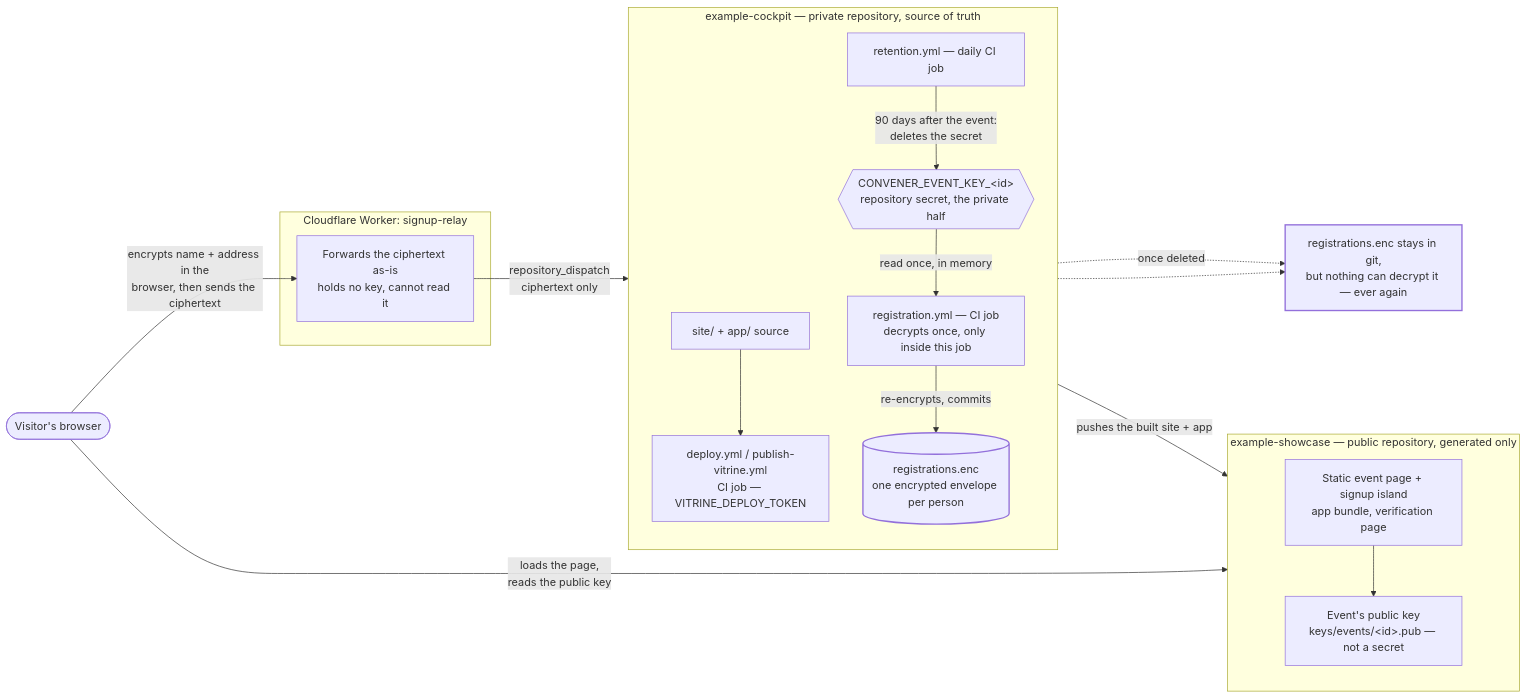
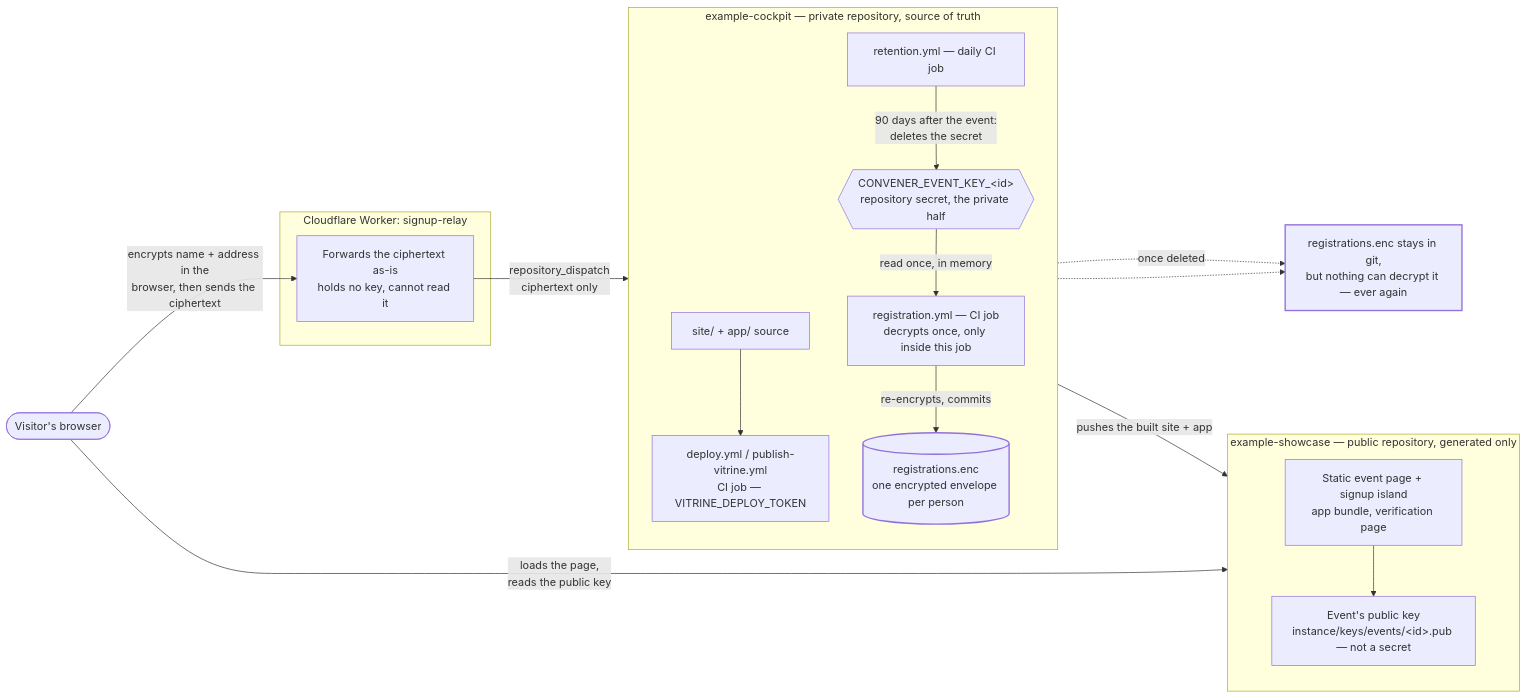
The diagram in docs/architecture.md (BenoitJT-GIRARD/convener), drawn with Mermaid before and after one commit. The commit also changed other lines of this file and 308 other files, not shown here.

````diff
--- a/docs/architecture.md
+++ b/docs/architecture.md
@@ -101,41 +101,41 @@
 ```mermaid
 flowchart LR
     subgraph cockpit["example-cockpit — private repository, source of truth"]
         direction TB
         siteSource["site/ + app/ source"]
         deployJob["deploy.yml / publish-vitrine.yml<br/>CI job — VITRINE_DEPLOY_TOKEN"]
         regJob["registration.yml — CI job<br/>decrypts once, only inside this job"]
         store[("registrations.enc<br/>one encrypted envelope per person")]
         eventSecret{{"CONVENER_EVENT_KEY_&lt;id&gt;<br/>repository secret, the private half"}}
         retentionJob["retention.yml — daily CI job"]
         siteSource --> deployJob
         eventSecret -->|"read once, in memory"| regJob
         regJob -->|"re-encrypts, commits"| store
         retentionJob -->|"90 days after the event:<br/>deletes the secret"| eventSecret
     end
 
     subgraph vitrine["example-showcase — public repository, generated only"]
         direction TB
         pages["Static event page + signup island<br/>app bundle, verification page"]
-        pubkey["Event's public key<br/>keys/events/&lt;id&gt;.pub — not a secret"]
+        pubkey["Event's public key<br/>instance/keys/events/&lt;id&gt;.pub — not a secret"]
         pages --> pubkey
     end
 
     subgraph relay["Cloudflare Worker: signup-relay"]
         relayNode["Forwards the ciphertext as-is<br/>holds no key, cannot read it"]
     end
 
     visitor(["Visitor's browser"])
     gone["registrations.enc stays in git,<br/>but nothing can decrypt it — ever again"]
 
     deployJob -->|"pushes the built site + app"| pages
     visitor -->|"loads the page,<br/>reads the public key"| pages
     visitor -->|"encrypts name + address in the<br/>browser, then sends the ciphertext"| relayNode
     relayNode -->|"repository_dispatch<br/>ciphertext only"| regJob
 
     eventSecret -.->|"once deleted"| gone
     store -.-> gone
 
     classDef store stroke-width:2px;
     class store,gone store;
 ```
````
